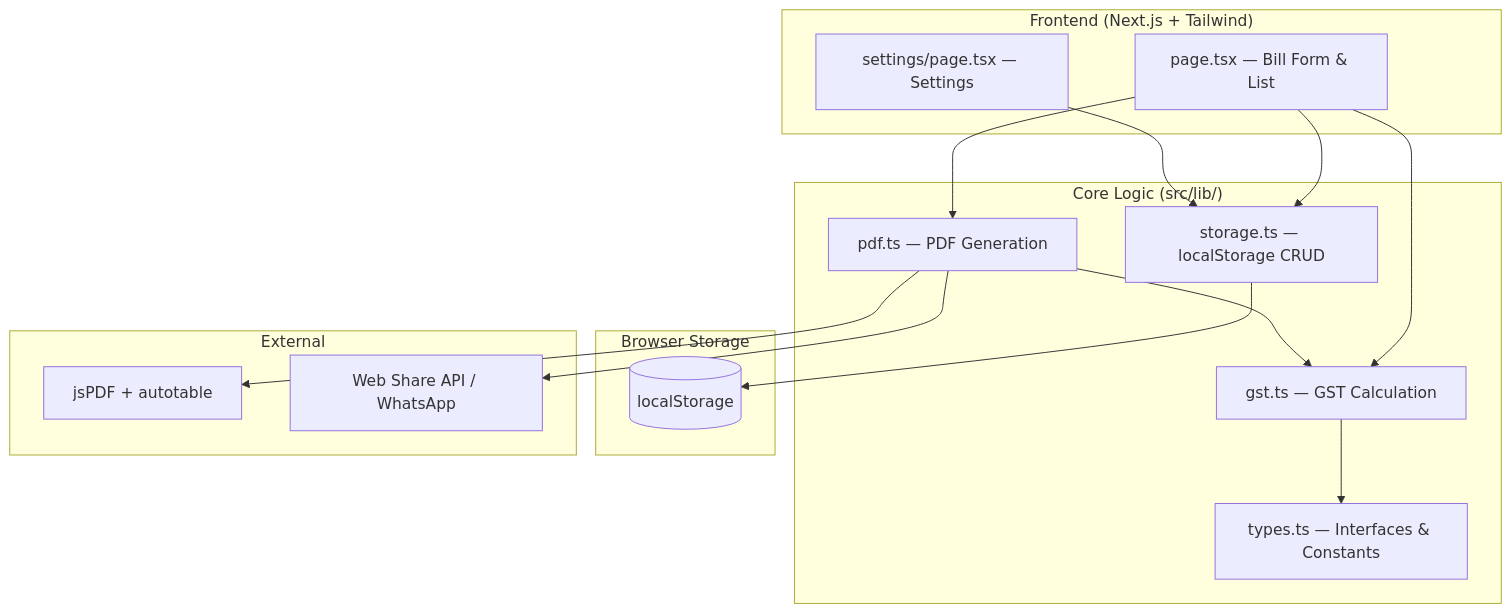
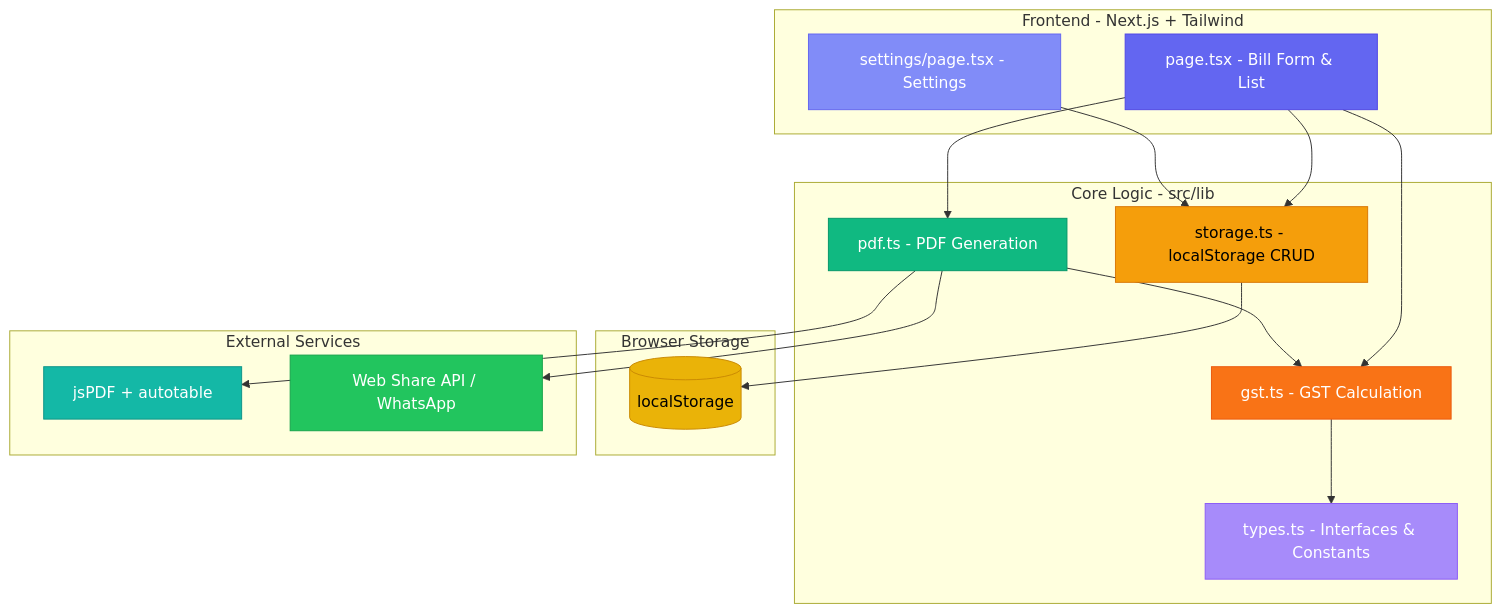
One commit to sanjanb/bill-buddy changed the second of 11 diagrams in ARCHITECTURE.md. Above: the diagram before and after it, drawn with Mermaid. The commit also changed other lines of this file, not shown here.

Commit message:
docs: update ARCHITECTURE.md with styled Mermaid diagrams and refined descriptions

````diff
--- a/ARCHITECTURE.md
+++ b/ARCHITECTURE.md
@@ -27,33 +35,43 @@
 ```mermaid
 graph TB
-    subgraph Frontend["Frontend (Next.js + Tailwind)"]
-        UI[page.tsx — Bill Form & List]
-        STG[settings/page.tsx — Settings]
+    subgraph Frontend["Frontend - Next.js + Tailwind"]
+        UI["page.tsx - Bill Form & List"]
+        STG["settings/page.tsx - Settings"]
     end
 
-    subgraph Core["Core Logic (src/lib/)"]
-        T[types.ts — Interfaces & Constants]
-        S[storage.ts — localStorage CRUD]
-        G[gst.ts — GST Calculation]
-        P[pdf.ts — PDF Generation]
+    subgraph Core["Core Logic - src/lib"]
+        T["types.ts - Interfaces & Constants"]
+        S["storage.ts - localStorage CRUD"]
+        G["gst.ts - GST Calculation"]
+        P["pdf.ts - PDF Generation"]
     end
 
     subgraph Storage["Browser Storage"]
-        LS[(localStorage)]
+        LS[("localStorage")]
     end
 
-    subgraph External["External"]
-        JSPDF[jsPDF + autotable]
-        SHARE[Web Share API / WhatsApp]
+    subgraph External["External Services"]
+        JSPDF["jsPDF + autotable"]
+        SHARE["Web Share API / WhatsApp"]
     end
 
     UI --> S
     UI --> G
     UI --> P
     STG --> S
     S --> LS
     G --> T
     P --> G
     P --> JSPDF
     P --> SHARE
+
+    style UI fill:#6366f1,color:#fff,stroke:#4f46e5
+    style STG fill:#818cf8,color:#fff,stroke:#6366f1
+    style T fill:#a78bfa,color:#fff,stroke:#8b5cf6
+    style S fill:#f59e0b,color:#000,stroke:#d97706
+    style G fill:#f97316,color:#fff,stroke:#ea580c
+    style P fill:#10b981,color:#fff,stroke:#059669
+    style LS fill:#eab308,color:#000,stroke:#ca8a04
+    style JSPDF fill:#14b8a6,color:#fff,stroke:#0d9488
+    style SHARE fill:#22c55e,color:#fff,stroke:#16a34a
 ```
````
